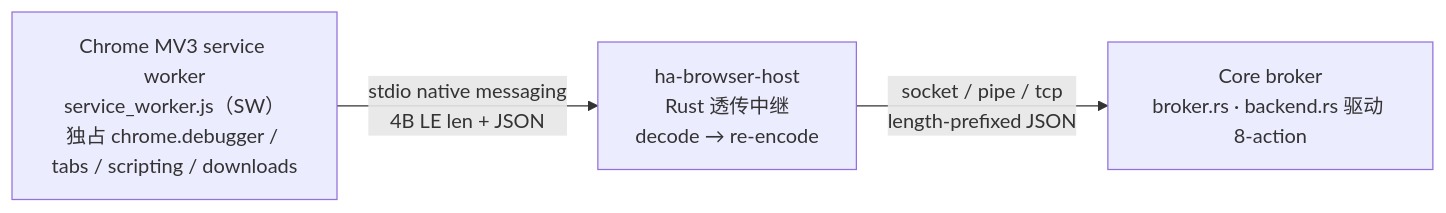
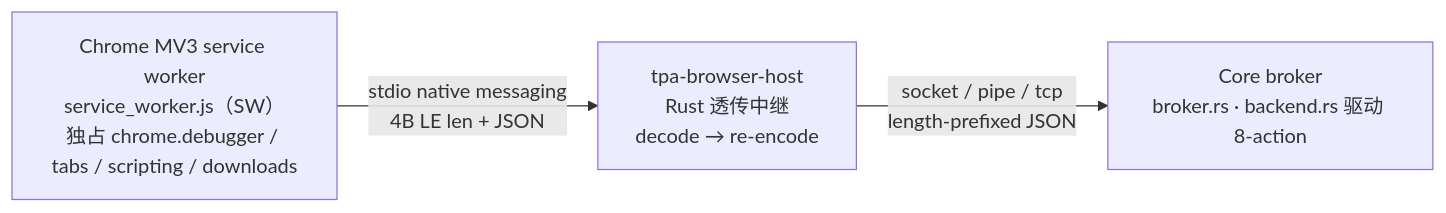
Before and after one commit to zzq2022/Tpa-cowork: the second of 2 diagrams in docs/architecture/browser.md, drawn with Mermaid. The commit also changed other lines of this file and 300 other files, not shown here.

````diff
--- a/docs/architecture/browser.md
+++ b/docs/architecture/browser.md
@@ -104,8 +104,8 @@
 ```mermaid
 flowchart LR
     SW["Chrome MV3 service worker<br/>service_worker.js（SW）<br/>独占 chrome.debugger / tabs / scripting / downloads"]
-    HOST["ha-browser-host<br/>Rust 透传中继<br/>decode → re-encode"]
+    HOST["tpa-browser-host<br/>Rust 透传中继<br/>decode → re-encode"]
     BROKER["Core broker<br/>broker.rs · backend.rs 驱动 8-action"]
     SW -->|"stdio native messaging<br/>4B LE len + JSON"| HOST
     HOST -->|"socket / pipe / tcp<br/>length-prefixed JSON"| BROKER
 ```
````
